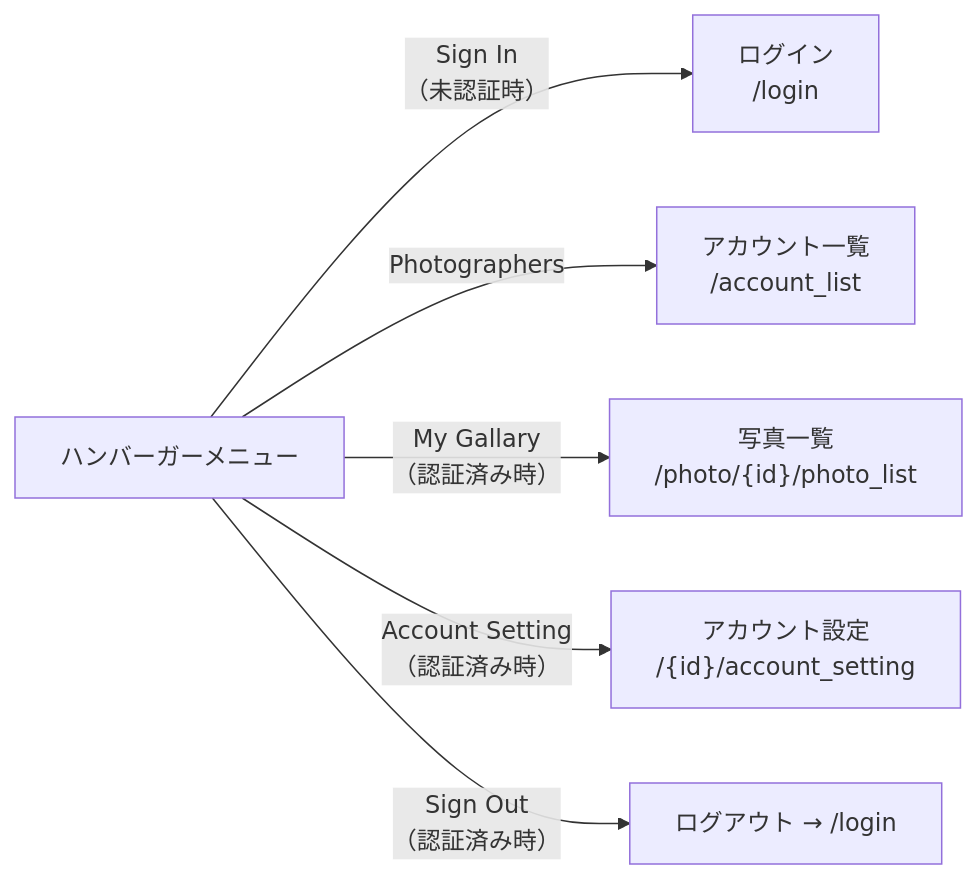
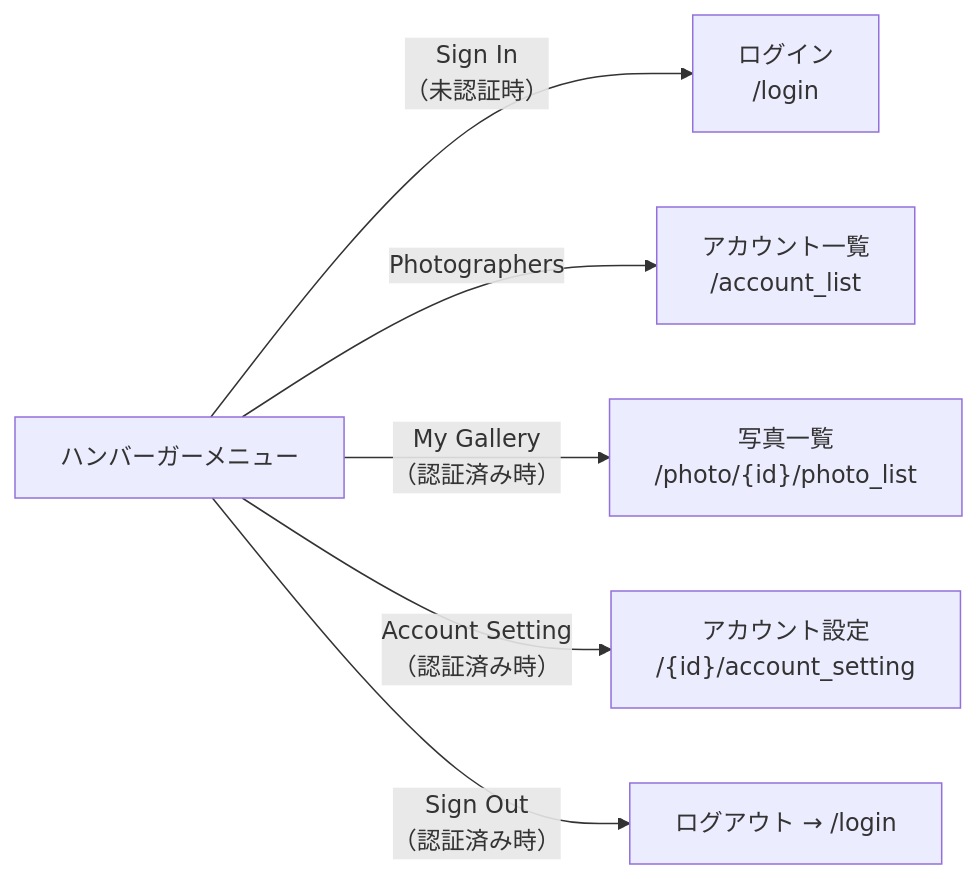
Before and after one commit to KentoKodama214/WebGallery: the second of 6 diagrams in doc/view/screen-transition.md, drawn with Mermaid. The commit also changed other lines of this file and 376 other files, not shown here.

First line of the commit message:
WebGallary → WebGallery: プロジェクト全体のスペルミス修正

````diff
--- a/doc/view/screen-transition.md
+++ b/doc/view/screen-transition.md
@@ -62,10 +62,10 @@
 ```mermaid
 graph LR
     MENU["ハンバーガーメニュー"]
 
     MENU -->|"Sign In<br/>（未認証時）"| LOGIN["ログイン<br/>/login"]
     MENU -->|"Photographers"| ACCOUNT_LIST["アカウント一覧<br/>/account_list"]
-    MENU -->|"My Gallary<br/>（認証済み時）"| PHOTO_LIST["写真一覧<br/>/photo/{id}/photo_list"]
+    MENU -->|"My Gallery<br/>（認証済み時）"| PHOTO_LIST["写真一覧<br/>/photo/{id}/photo_list"]
     MENU -->|"Account Setting<br/>（認証済み時）"| ACCOUNT_SETTING["アカウント設定<br/>/{id}/account_setting"]
     MENU -->|"Sign Out<br/>（認証済み時）"| LOGOUT["ログアウト → /login"]
 ```
````
